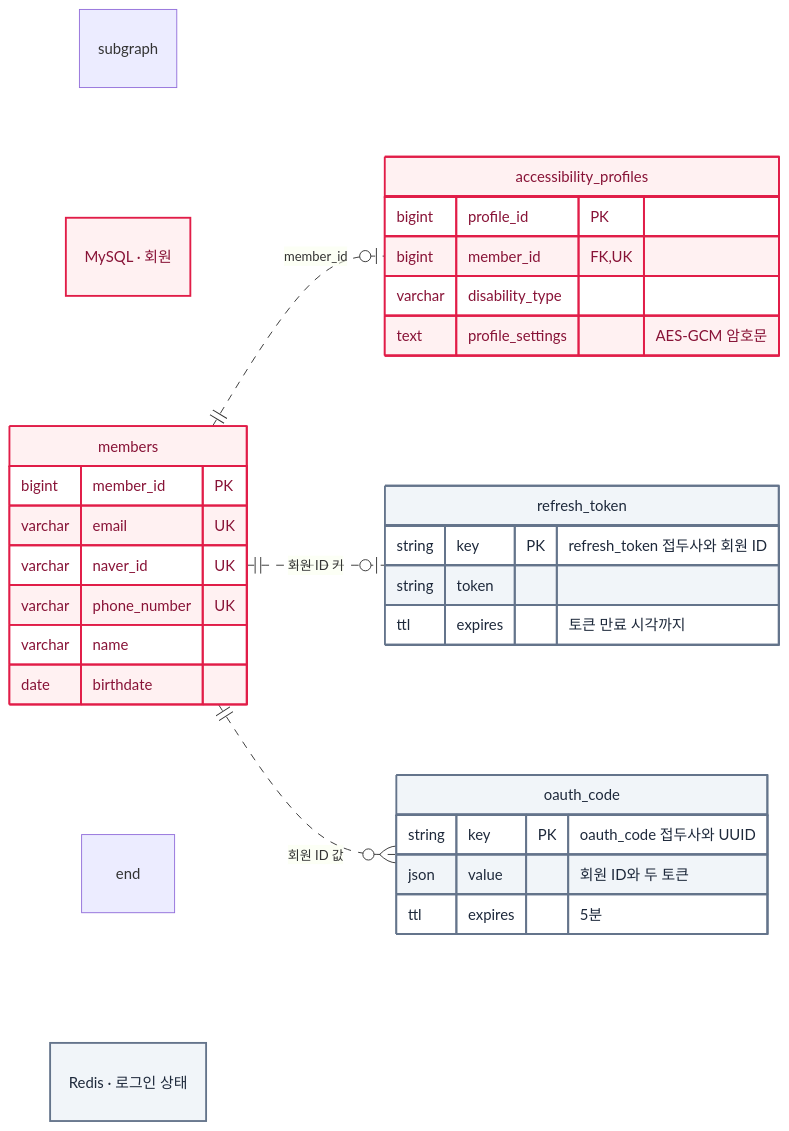
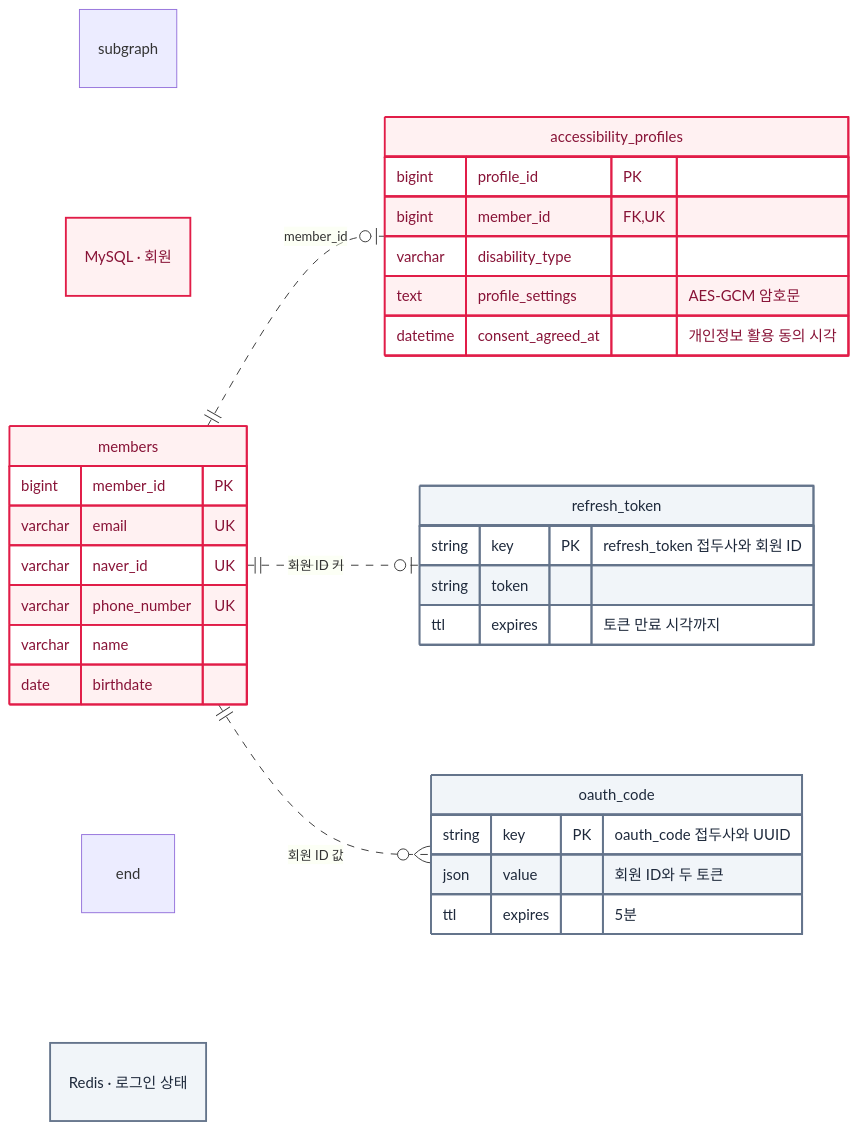
One commit to gjaku1031/ken-blog changed the diagram in content/posts/doc-9e692538-463a-46f7-afe0-338da1182bfa.md. Above: the diagram before and after it, drawn with Mermaid. The commit also changed other lines of this file and 5 other files, not shown here.

````diff
--- a/content/posts/doc-9e692538-463a-46f7-afe0-338da1182bfa.md
+++ b/content/posts/doc-9e692538-463a-46f7-afe0-338da1182bfa.md
@@ -7,40 +7,41 @@
 ```mermaid caption="회원과 로그인 상태의 데이터 모델. 작업 경로 그래프는 회원과 연결되지 않음"
 erDiagram
     %% legend: dotted=비식별 관계·키 참조; zero=없을 수 있음; many=여러 개
     direction LR
     subgraph mysql_group["MySQL · 회원"]
         members {
             bigint member_id PK
             varchar email UK
             varchar naver_id UK
             varchar phone_number UK
             varchar name
             date birthdate
         }
         accessibility_profiles {
             bigint profile_id PK
             bigint member_id FK, UK
             varchar disability_type
             text profile_settings "AES-GCM 암호문"
+            datetime consent_agreed_at "개인정보 활용 동의 시각"
         }
     end
     subgraph redis_group["Redis · 로그인 상태"]
         refresh_token {
             string key PK "refresh_token 접두사와 회원 ID"
             string token
             ttl expires "토큰 만료 시각까지"
         }
         oauth_code {
             string key PK "oauth_code 접두사와 UUID"
             json value "회원 ID와 두 토큰"
             ttl expires "5분"
         }
     end
     members ||..o| accessibility_profiles : member_id
     members ||..o| refresh_token : "회원 ID 키"
     members ||..o{ oauth_code : "회원 ID 값"
     classDef account fill:#fff1f2,stroke:#e11d48,color:#881337,stroke-width:2px
     classDef session fill:#f1f5f9,stroke:#64748b,color:#1e293b,stroke-width:2px
     class mysql_group,members,accessibility_profiles account
     class redis_group,refresh_token,oauth_code session
 ```
````
